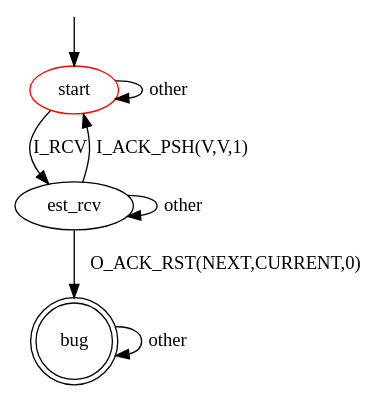
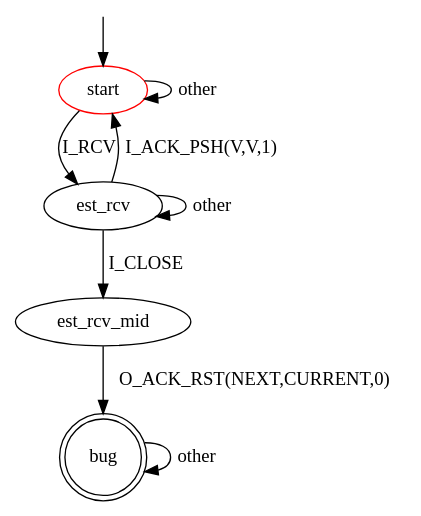
Before and after one commit to assist-project/state-machine-bug-finder: the diagram in src/main/resources/patterns/tcp/unexpected_rsy.dot, drawn with Graphviz. The commit also changed 6 other files, not shown here.

```diff
--- a/src/main/resources/patterns/tcp/unexpected_rsy.dot
+++ b/src/main/resources/patterns/tcp/unexpected_rsy.dot
@@ -1,16 +1,17 @@
 digraph G {
 label=""
 start [color="red"]
 bug [shape="doublecircle"]
 
 start -> est_rcv [label="I_RCV"]
 start -> start [label="other"]
 est_rcv -> start [label="I_ACK_PSH(V,V,1)"]
 est_rcv -> est_rcv [label="other"]
-est_rcv -> bug [label="O_ACK_RST(NEXT,CURRENT,0)"]
+est_rcv -> est_rcv_mid [label="I_CLOSE"]
+est_rcv_mid -> bug [label="O_ACK_RST(NEXT,CURRENT,0)"]
 
 bug -> bug [label="other"]
 
 __start0 [label="" shape="none" width="0" height="0"];
 __start0 -> start;
 }
```
